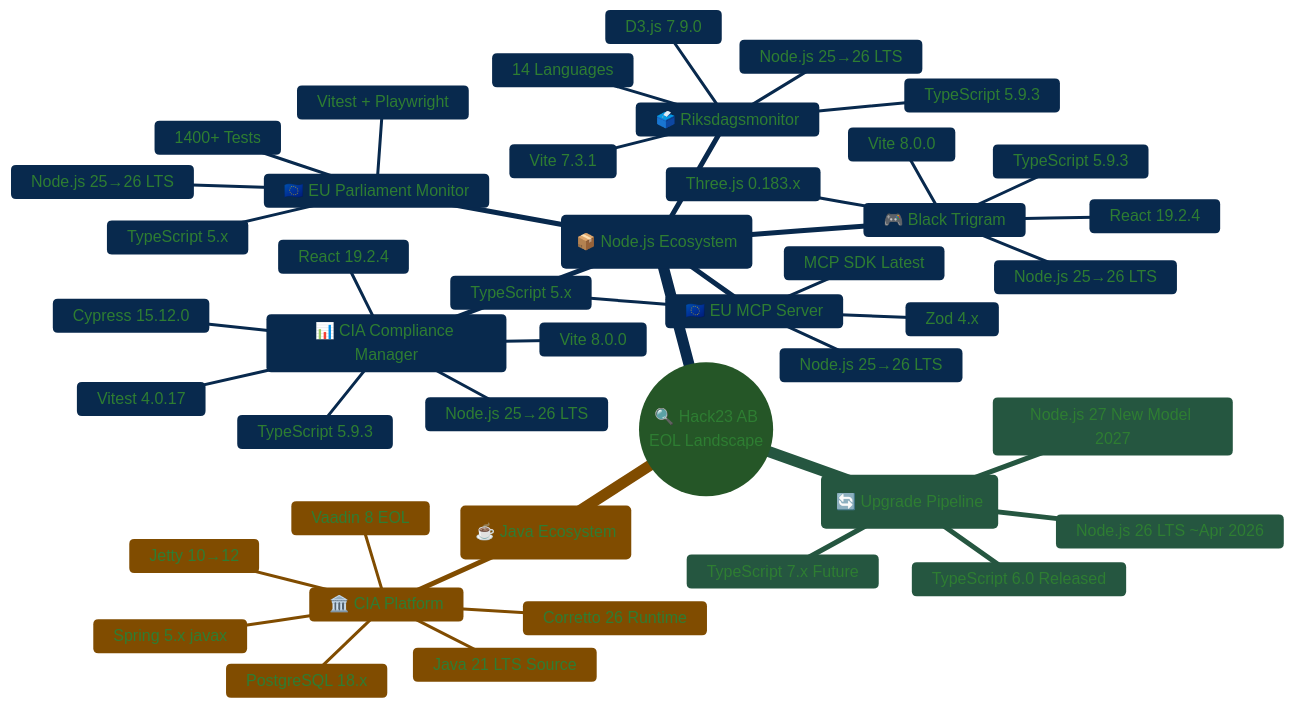
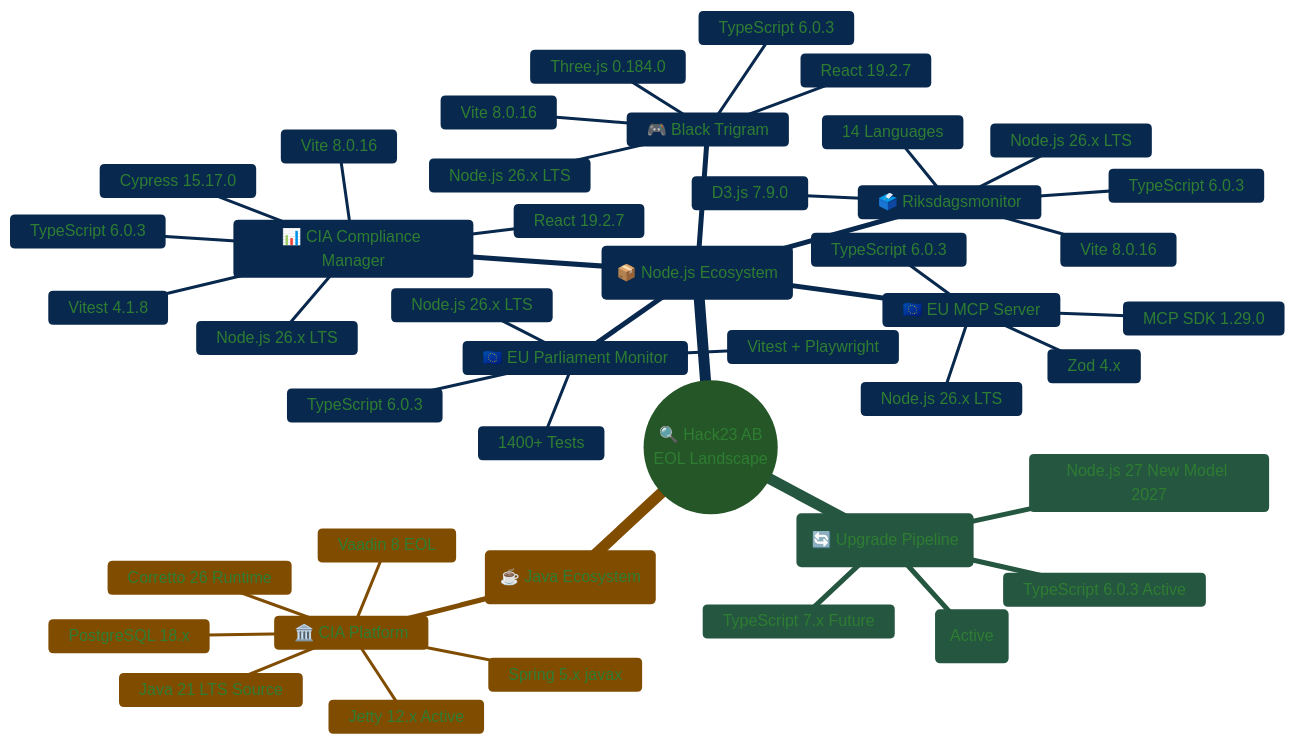
The second of 6 diagrams in Vulnerability_Management.md (Hack23/ISMS-PUBLIC), drawn with Mermaid before and after one commit. The commit also changed other lines of this file, not shown here.

````diff
--- a/Vulnerability_Management.md
+++ b/Vulnerability_Management.md
@@ -362,59 +362,59 @@
 ```mermaid
 %%{
   init: {
     'theme': 'base',
     'themeVariables': {
       'primaryColor': '#4CAF50',
       'primaryTextColor': '#2E7D32',
       'lineColor': '#4CAF50',
       'secondaryColor': '#FF9800',
       'tertiaryColor': '#1565C0'
     }
   }
 }%%
 mindmap
   root(("🔍 Hack23 AB<br/>EOL Landscape"))
     (☕ Java Ecosystem)
       🏛️ CIA Platform
         Corretto 26 Runtime
         Java 21 LTS Source
         PostgreSQL 18.x
         Spring 5.x javax
-        Jetty 10→12
+        Jetty 12.x Active
         Vaadin 8 EOL
     (📦 Node.js Ecosystem)
       📊 CIA Compliance Manager
-        Node.js 25→26 LTS
-        React 19.2.4
-        TypeScript 5.9.3
-        Vite 8.0.0
-        Vitest 4.0.17
-        Cypress 15.12.0
+        Node.js 26.x LTS
+        React 19.2.7
+        TypeScript 6.0.3
+        Vite 8.0.16
+        Vitest 4.1.8
+        Cypress 15.17.0
       🎮 Black Trigram
-        Node.js 25→26 LTS
-        React 19.2.4
-        Three.js 0.183.x
-        TypeScript 5.9.3
-        Vite 8.0.0
+        Node.js 26.x LTS
+        React 19.2.7
+        Three.js 0.184.0
+        TypeScript 6.0.3
+        Vite 8.0.16
       🗳️ Riksdagsmonitor
-        Node.js 25→26 LTS
-        TypeScript 5.9.3
-        Vite 7.3.1
+        Node.js 26.x LTS
+        TypeScript 6.0.3
+        Vite 8.0.16
         D3.js 7.9.0
         14 Languages
       🇪🇺 EU Parliament Monitor
-        Node.js 25→26 LTS
-        TypeScript 5.x
+        Node.js 26.x LTS
+        TypeScript 6.0.3
         Vitest + Playwright
         1400+ Tests
       🇪🇺 EU MCP Server
-        Node.js 25→26 LTS
-        TypeScript 5.x
-        MCP SDK Latest
+        Node.js 26.x LTS
+        TypeScript 6.0.3
+        MCP SDK 1.29.0
         Zod 4.x
     (🔄 Upgrade Pipeline)
-      Node.js 26 LTS ~Apr 2026
+      Node.js 26.x LTS (Active)
       Node.js 27 New Model 2027
-      TypeScript 6.0 Released
+      TypeScript 6.0.3 Active
       TypeScript 7.x Future
 ```
````
